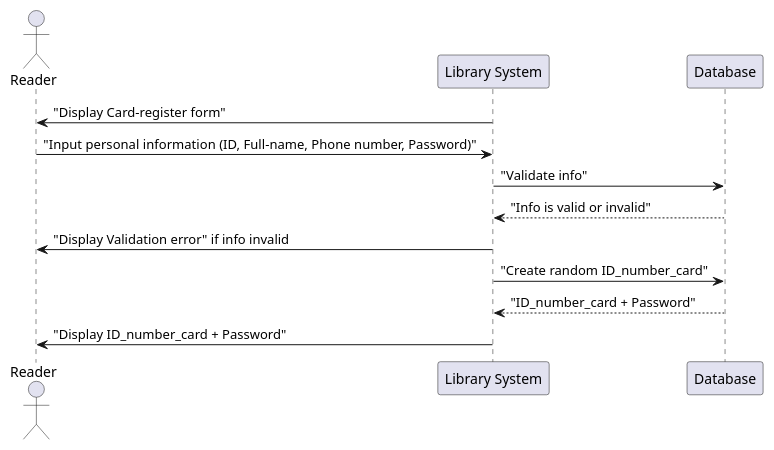
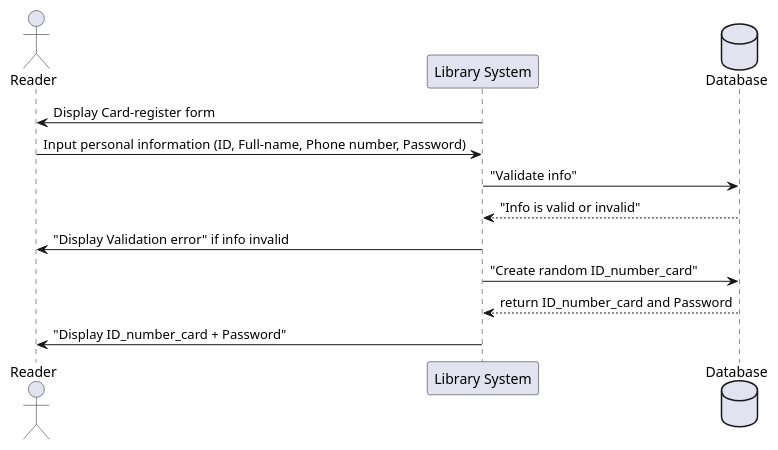
The diagram in use_case/Reader/sequence/card_register.puml (DaniGDSC/Diagram), drawn with PlantUML before and after one commit. The commit also changed 6 other files, not shown here.

```diff
--- a/use_case/Reader/sequence/card_register.puml
+++ b/use_case/Reader/sequence/card_register.puml
@@ -1,15 +1,15 @@
 @startuml
 actor "Reader" as reader
 participant "Library System" as system
-participant "Database" as db
+database "Database" as db
 
-system -> reader : "Display Card-register form"
-reader -> system : "Input personal information (ID, Full-name, Phone number, Password)"
+system -> reader : Display Card-register form
+reader -> system : Input personal information (ID, Full-name, Phone number, Password)
 system -> db : "Validate info"
 db --> system : "Info is valid or invalid"
 system -> reader : "Display Validation error" if info invalid
 
 system -> db : "Create random ID_number_card"
-db --> system : "ID_number_card + Password"
+db --> system : return ID_number_card and Password
 system -> reader : "Display ID_number_card + Password"
 @enduml
```
